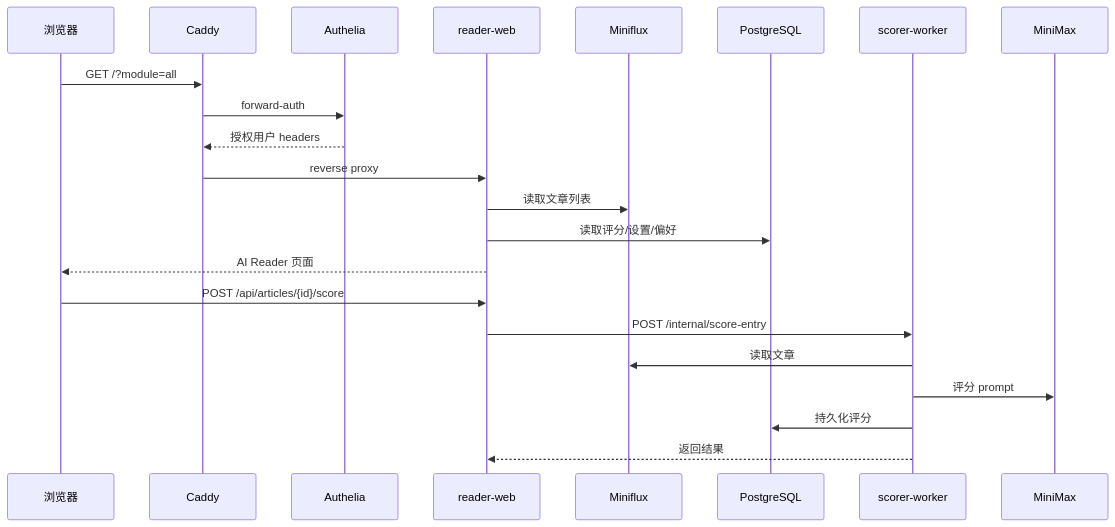
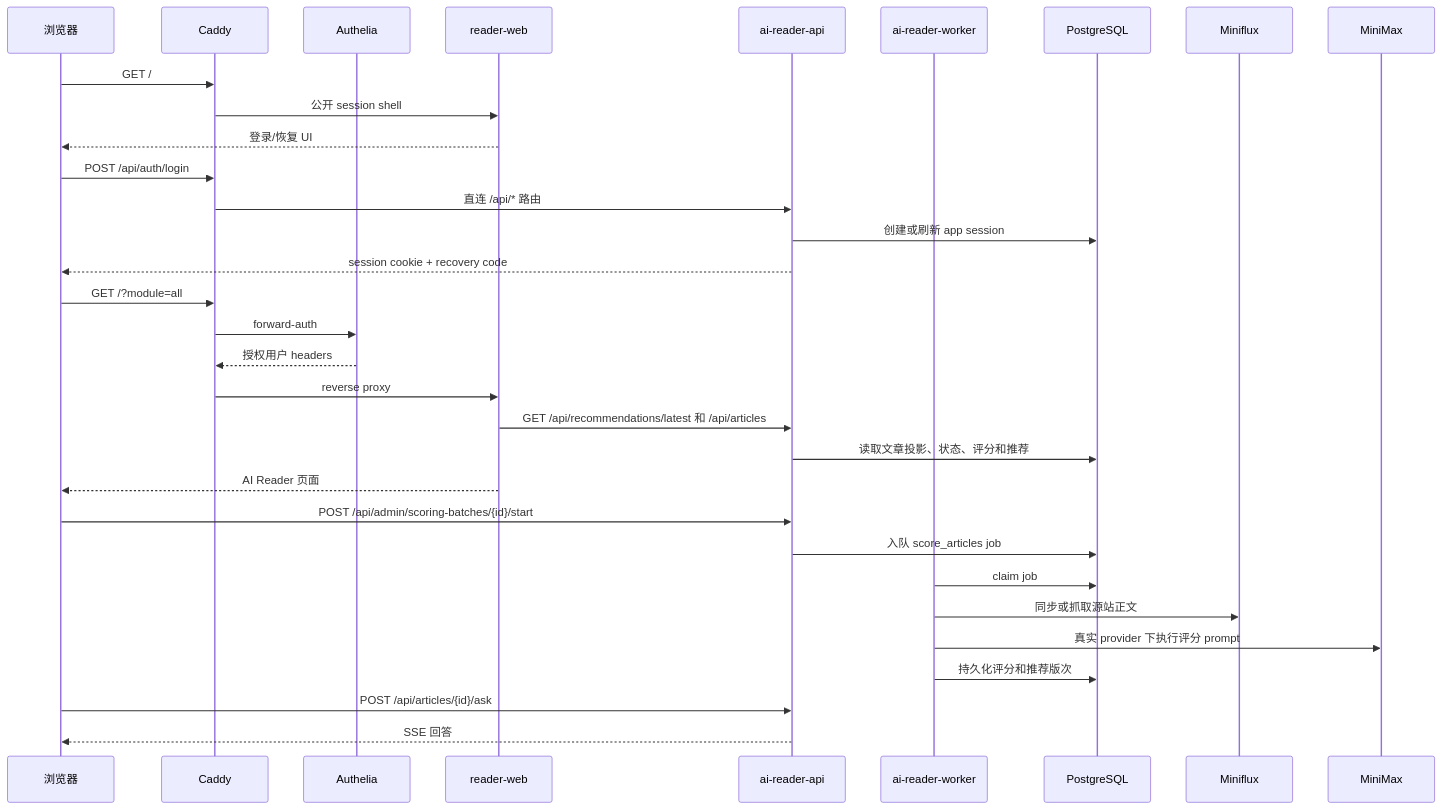
One commit to blankhoney/reno_rss changed the diagram in TECHNICAL.zh-CN.md. Above: the diagram before and after it, drawn with Mermaid. The commit also changed other lines of this file and 2 other files, not shown here.

Commit message:
fix: align technical docs and api routing

````diff
--- a/TECHNICAL.zh-CN.md
+++ b/TECHNICAL.zh-CN.md
@@ -20,26 +21,38 @@
 ```mermaid
 sequenceDiagram
   participant Browser as 浏览器
   participant Caddy
   participant Authelia
   participant Reader as reader-web
+  participant API as ai-reader-api
+  participant Worker as ai-reader-worker
+  participant DB as PostgreSQL
   participant Miniflux
-  participant DB as PostgreSQL
-  participant Scorer as scorer-worker
   participant LLM as MiniMax
+
+  Browser->>Caddy: GET /
+  Caddy->>Reader: 公开 session shell
+  Reader-->>Browser: 登录/恢复 UI
+
+  Browser->>Caddy: POST /api/auth/login
+  Caddy->>API: 直连 /api/* 路由
+  API->>DB: 创建或刷新 app session
+  API-->>Browser: session cookie + recovery code
 
   Browser->>Caddy: GET /?module=all
   Caddy->>Authelia: forward-auth
   Authelia-->>Caddy: 授权用户 headers
   Caddy->>Reader: reverse proxy
-  Reader->>Miniflux: 读取文章列表
-  Reader->>DB: 读取评分/设置/偏好
+  Reader->>API: GET /api/recommendations/latest 和 /api/articles
+  API->>DB: 读取文章投影、状态、评分和推荐
   Reader-->>Browser: AI Reader 页面
 
-  Browser->>Reader: POST /api/articles/{id}/score
-  Reader->>Scorer: POST /internal/score-entry
-  Scorer->>Miniflux: 读取文章
-  Scorer->>LLM: 评分 prompt
-  Scorer->>DB: 持久化评分
-  Scorer-->>Reader: 返回结果
+  Browser->>API: POST /api/admin/scoring-batches/{id}/start
+  API->>DB: 入队 score_articles job
+  Worker->>DB: claim job
+  Worker->>Miniflux: 同步或抓取源站正文
+  Worker->>LLM: 真实 provider 下执行评分 prompt
+  Worker->>DB: 持久化评分和推荐版次
+  Browser->>API: POST /api/articles/{id}/ask
+  API-->>Browser: SSE 回答
 ```
````
